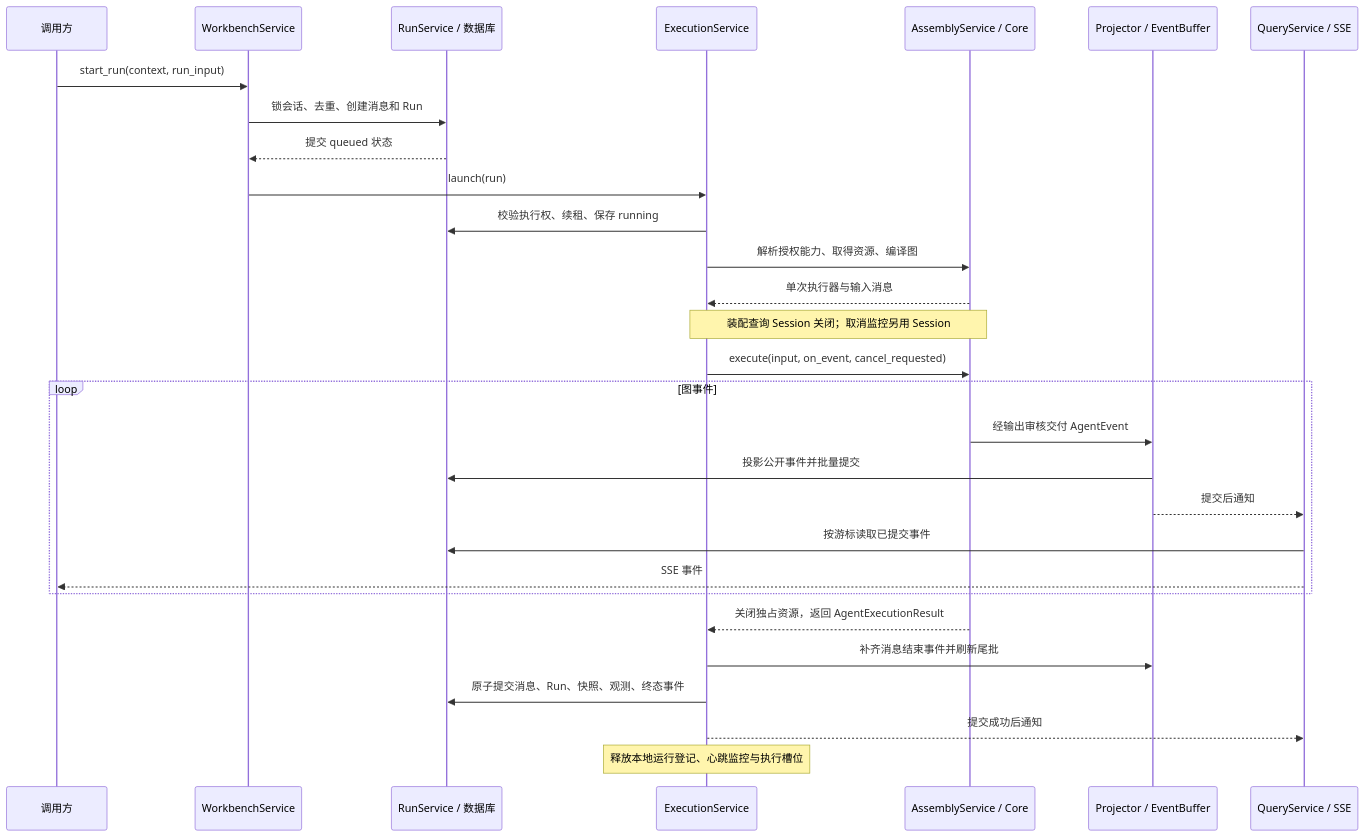
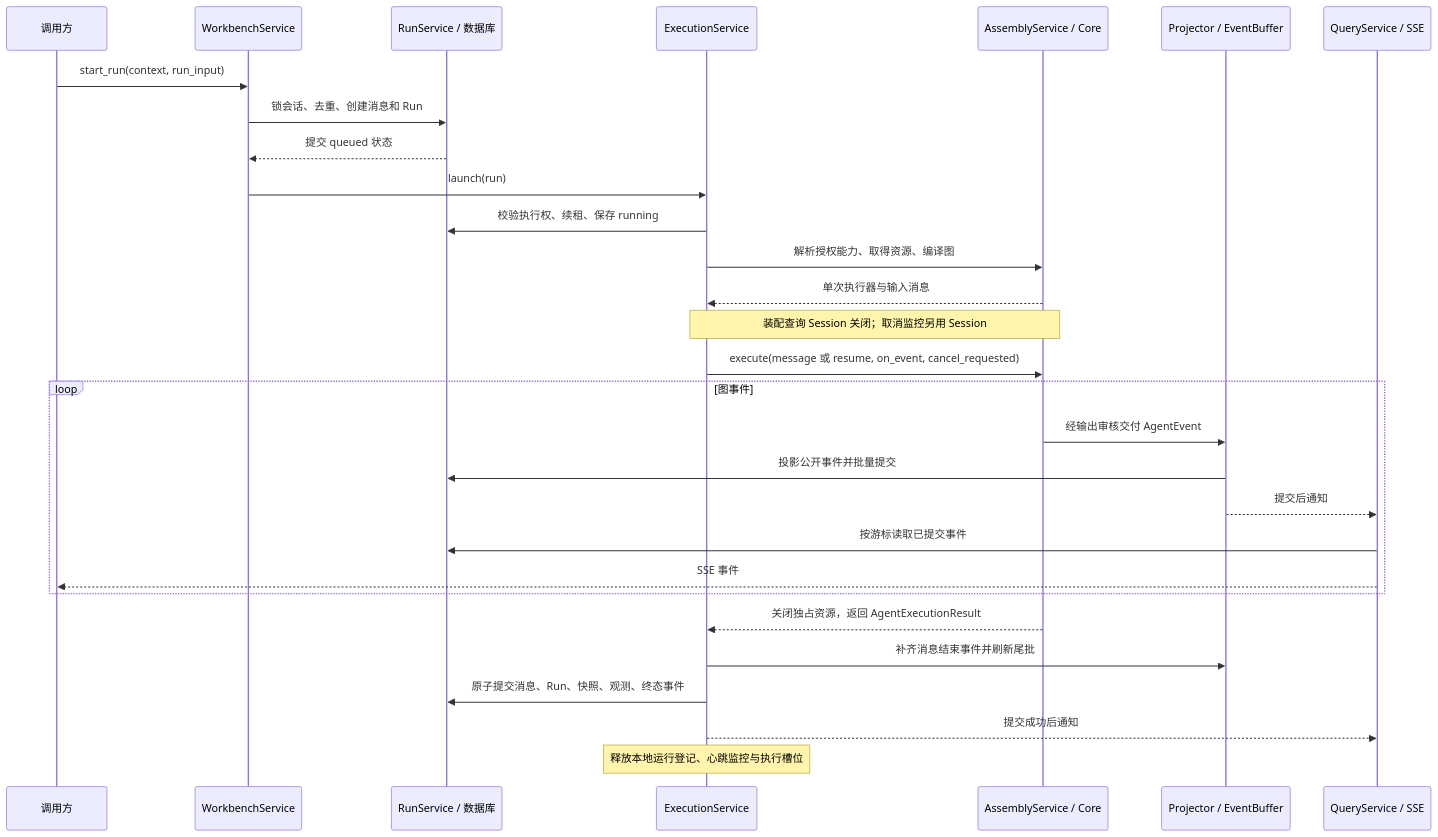
The diagram in docs/agent-runtime-baseline.md (xiaomingtx12/niceagent), drawn with Mermaid before and after one commit. The commit also changed other lines of this file and 9 other files, not shown here.

````diff
--- a/docs/agent-runtime-baseline.md
+++ b/docs/agent-runtime-baseline.md
@@ -7,31 +7,31 @@
 ```mermaid
 sequenceDiagram
     participant UI as 调用方
     participant Service as WorkbenchService
     participant DB as RunService / 数据库
     participant Execution as ExecutionService
     participant Core as AssemblyService / Core
     participant Events as Projector / EventBuffer
     participant Query as QueryService / SSE
     UI->>Service: start_run(context, run_input)
     Service->>DB: 锁会话、去重、创建消息和 Run
     DB-->>Service: 提交 queued 状态
     Service->>Execution: launch(run)
     Execution->>DB: 校验执行权、续租、保存 running
     Execution->>Core: 解析授权能力、取得资源、编译图
     Core-->>Execution: 单次执行器与输入消息
     Note over Execution,Core: 装配查询 Session 关闭；取消监控另用 Session
-    Execution->>Core: execute(input, on_event, cancel_requested)
+    Execution->>Core: execute(message 或 resume, on_event, cancel_requested)
     loop 图事件
         Core->>Events: 经输出审核交付 AgentEvent
         Events->>DB: 投影公开事件并批量提交
         Events-->>Query: 提交后通知
         Query->>DB: 按游标读取已提交事件
         Query-->>UI: SSE 事件
     end
     Core-->>Execution: 关闭独占资源，返回 AgentExecutionResult
     Execution->>Events: 补齐消息结束事件并刷新尾批
     Execution->>DB: 原子提交消息、Run、快照、观测、终态事件
     Execution-->>Query: 提交成功后通知
     Note over Execution: 释放本地运行登记、心跳监控与执行槽位
 ```
````
